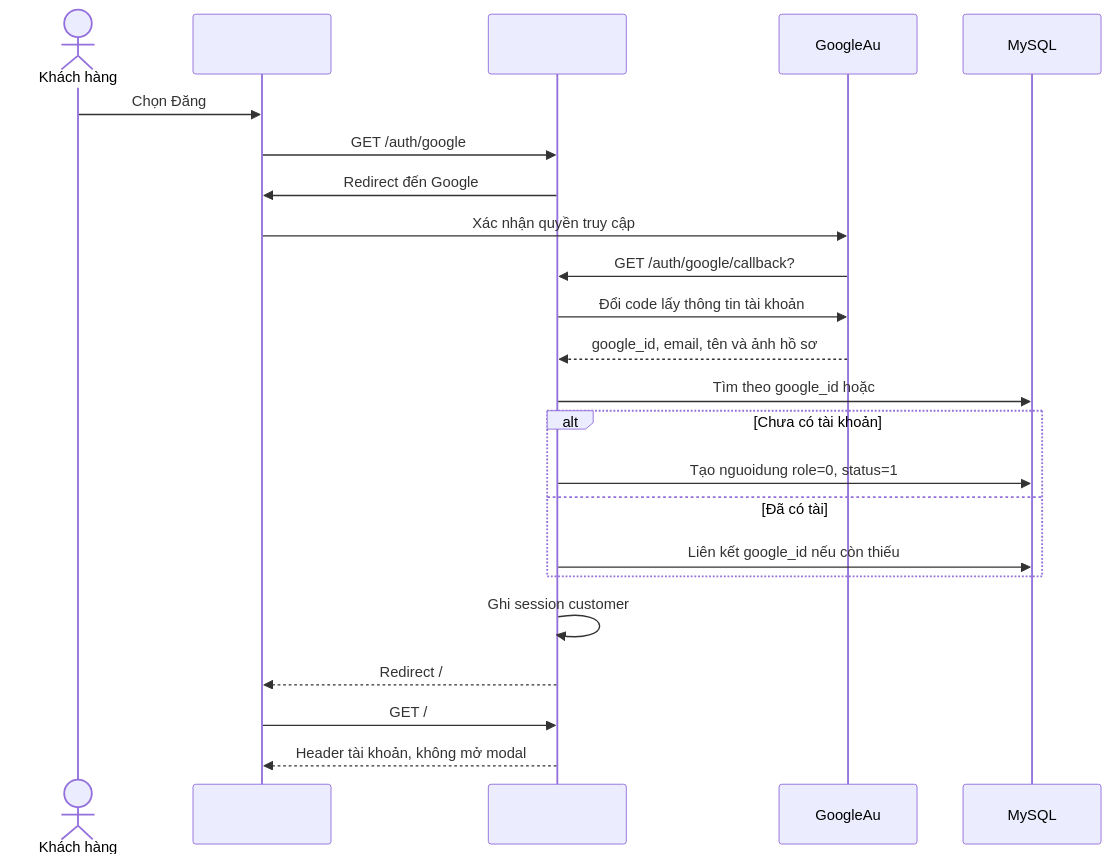
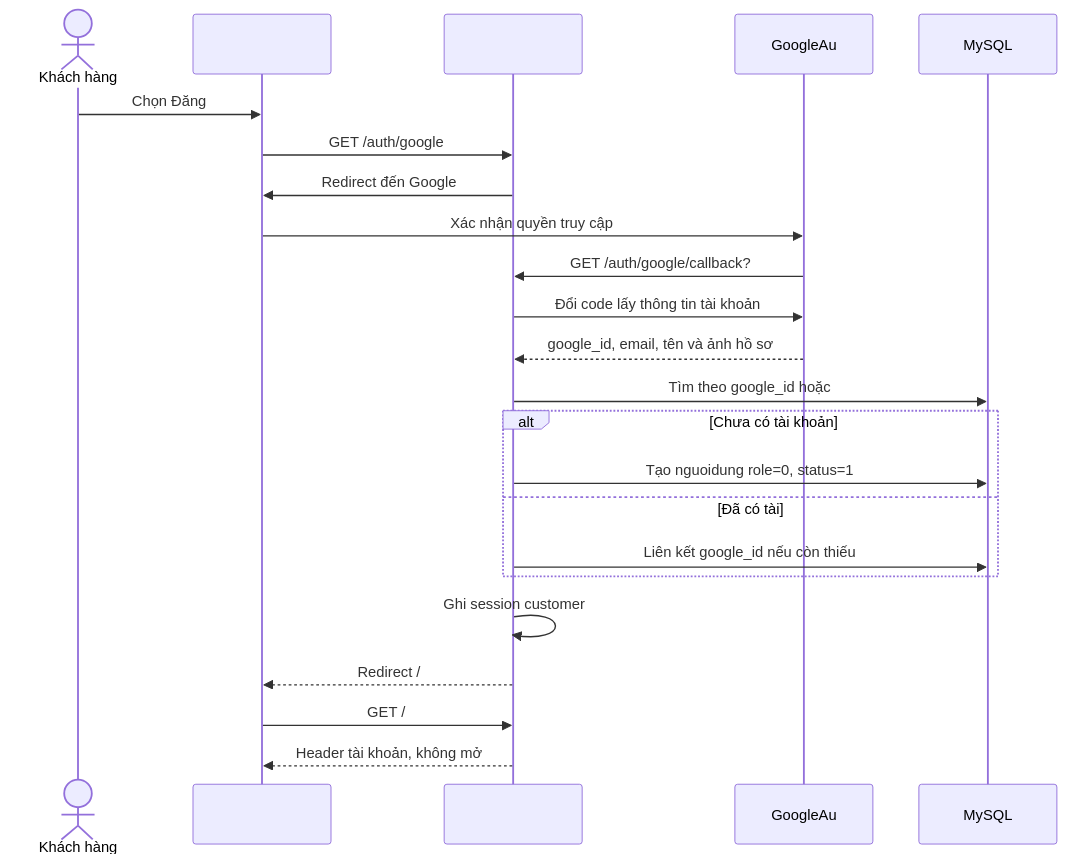
One commit to ThuanDepzai03/DuAnTotNghiep changed the third of 4 diagrams in README.md. Above: the diagram before and after it, drawn with Mermaid.

Commit message:
sửa sản phẩm

````diff
--- a/README.md
+++ b/README.md
@@ -715,26 +715,26 @@
 ```mermaid
 sequenceDiagram
         actor Customer as Khách hàng
         participant Browser as 
         participant Laravel as
         participant Google as GoogleAu
         participant DB as MySQL
 
         Customer->>Browser: Chọn Đăng
         Browser->>Laravel: GET /auth/google
         Laravel->>Browser: Redirect đến Google
         Browser->>Google: Xác nhận quyền truy cập
         Google->>Laravel: GET /auth/google/callback?
         Laravel->>Google: Đổi code lấy thông tin tài khoản
         Google-->>Laravel: google_id, email, tên và ảnh hồ sơ
         Laravel->>DB: Tìm theo google_id hoặc
         alt Chưa có tài khoản
                 Laravel->>DB: Tạo nguoidung role=0, status=1
         else Đã có tài
                 Laravel->>DB: Liên kết google_id nếu còn thiếu
         end
         Laravel->>Laravel: Ghi session customer
         Laravel-->>Browser: Redirect /
         Browser->>Laravel: GET /
-        Laravel-->>Browser: Header tài khoản, không mở modal
+        Laravel-->>Browser: Header tài khoản, không mở
 ```
````
